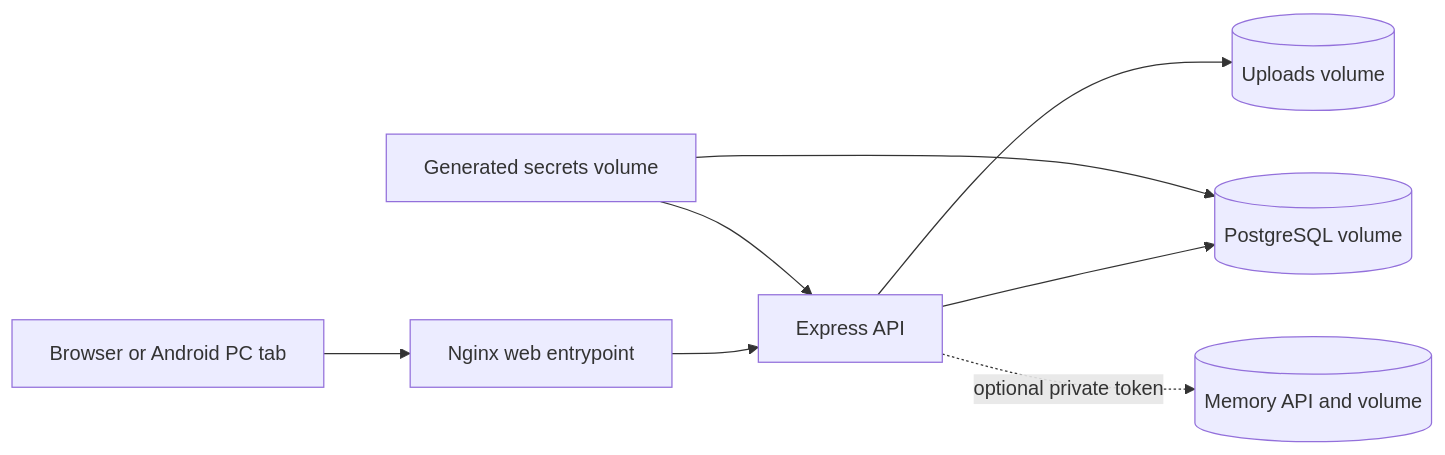
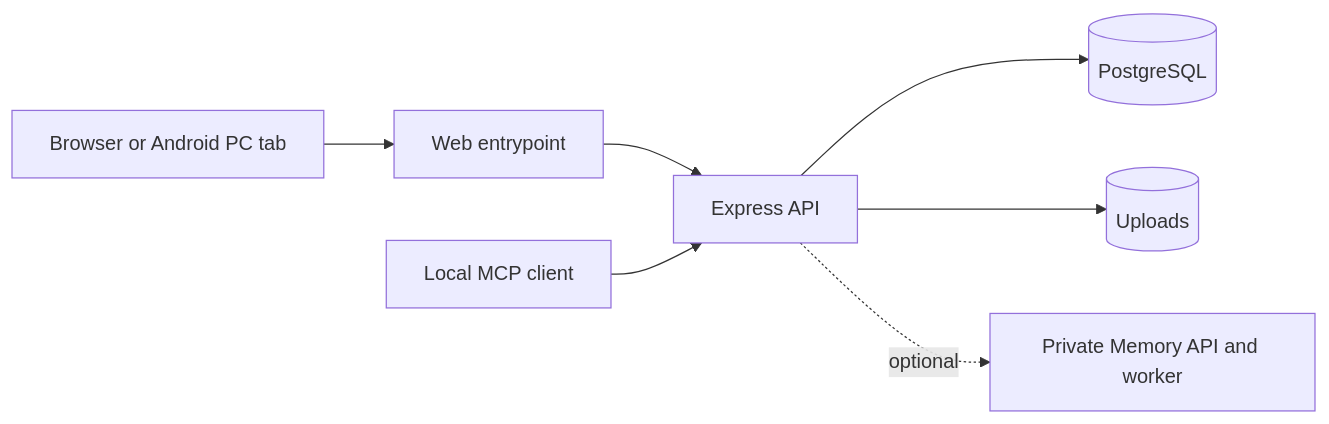
The diagram in README.md (lizard-wizard42/Brain_Core), drawn with Mermaid before and after one commit. The commit also changed other lines of this file and 9 other files, not shown here.

````diff
--- a/README.md
+++ b/README.md
@@ -177,10 +188,9 @@
 ```mermaid
 flowchart LR
-  B[Browser or Android PC tab] --> W[Nginx web entrypoint]
+  C[Browser or Android PC tab] --> W[Web entrypoint]
   W --> A[Express API]
-  A --> D[(PostgreSQL volume)]
-  A --> U[(Uploads volume)]
-  S[Generated secrets volume] --> A
-  S --> D
-  A -. optional private token .-> M[(Memory API and volume)]
+  A --> D[(PostgreSQL)]
+  A --> U[(Uploads)]
+  A -. optional .-> M[Private Memory API and worker]
+  AI[Local MCP client] --> A
 ```
````
